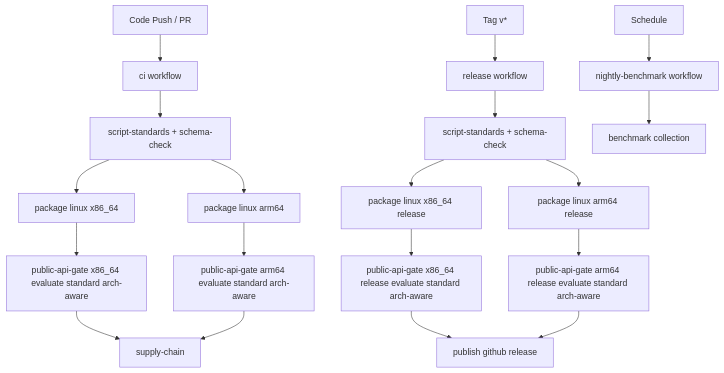
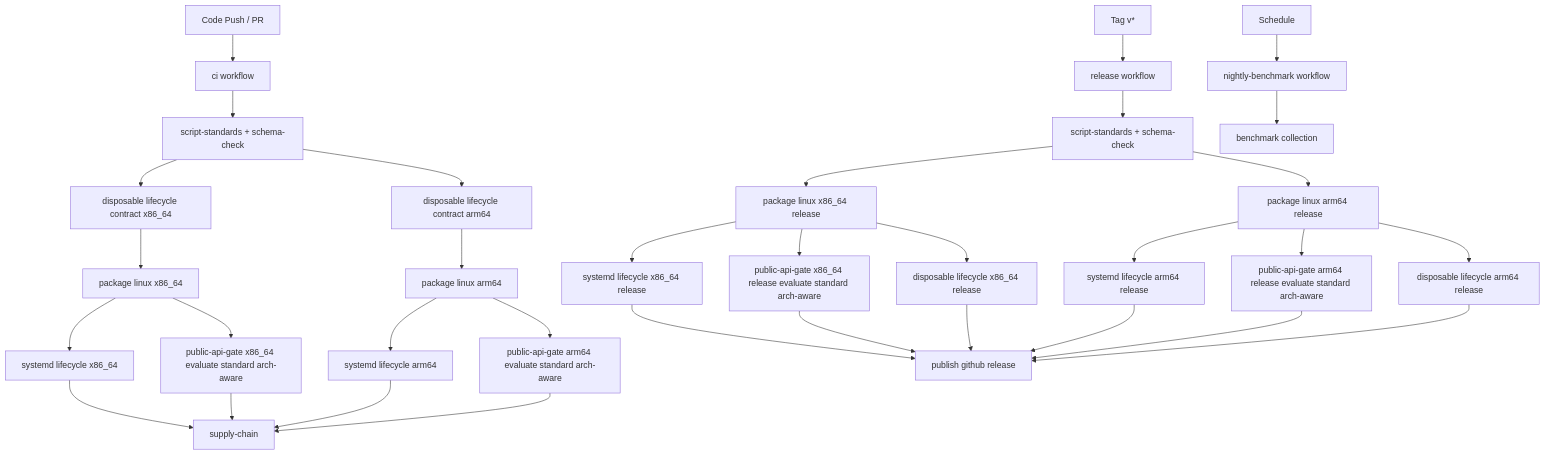
One commit to hjd92215202/Rivulet-Gateway changed the diagram in docs/WORKFLOW-ARCHITECTURE.md. Above: the diagram before and after it, drawn with Mermaid. The commit also changed other lines of this file and 4 other files, not shown here.

Commit message:
feat: sync bilingual disposable lifecycle gating docs and milestone status

````diff
--- a/docs/WORKFLOW-ARCHITECTURE.md
+++ b/docs/WORKFLOW-ARCHITECTURE.md
@@ -19,24 +19,38 @@
 ```mermaid
 flowchart TD
     A["Code Push / PR"] --> CI["ci workflow"]
     B["Tag v*"] --> REL["release workflow"]
     C["Schedule"] --> NB["nightly-benchmark workflow"]
 
     CI --> CI_STD["script-standards + schema-check"]
-    CI_STD --> CI_PX["package linux x86_64"]
-    CI_STD --> CI_PA["package linux arm64"]
+    CI_STD --> CI_LX["disposable lifecycle contract x86_64"]
+    CI_STD --> CI_LA["disposable lifecycle contract arm64"]
+    CI_LX --> CI_PX["package linux x86_64"]
+    CI_LA --> CI_PA["package linux arm64"]
+    CI_PX --> CI_SX["systemd lifecycle x86_64"]
+    CI_PA --> CI_SA["systemd lifecycle arm64"]
     CI_PX --> CI_GX["public-api-gate x86_64 evaluate standard arch-aware"]
     CI_PA --> CI_GA["public-api-gate arm64 evaluate standard arch-aware"]
     CI_GX --> CI_SC["supply-chain"]
     CI_GA --> CI_SC
+    CI_SX --> CI_SC
+    CI_SA --> CI_SC
 
     REL --> REL_STD["script-standards + schema-check"]
     REL_STD --> REL_PX["package linux x86_64 release"]
     REL_STD --> REL_PA["package linux arm64 release"]
+    REL_PX --> REL_SX["systemd lifecycle x86_64 release"]
+    REL_PA --> REL_SA["systemd lifecycle arm64 release"]
     REL_PX --> REL_GX["public-api-gate x86_64 release evaluate standard arch-aware"]
     REL_PA --> REL_GA["public-api-gate arm64 release evaluate standard arch-aware"]
+    REL_PX --> REL_DX["disposable lifecycle x86_64 release"]
+    REL_PA --> REL_DA["disposable lifecycle arm64 release"]
     REL_GX --> REL_PUB["publish github release"]
     REL_GA --> REL_PUB
+    REL_SX --> REL_PUB
+    REL_SA --> REL_PUB
+    REL_DX --> REL_PUB
+    REL_DA --> REL_PUB
 
     NB --> NB_RUN["benchmark collection"]
 ```
````
